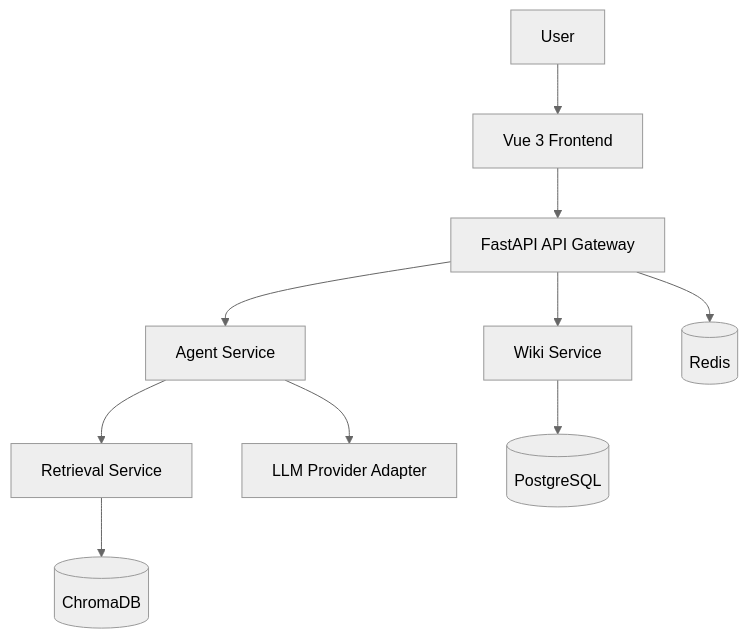
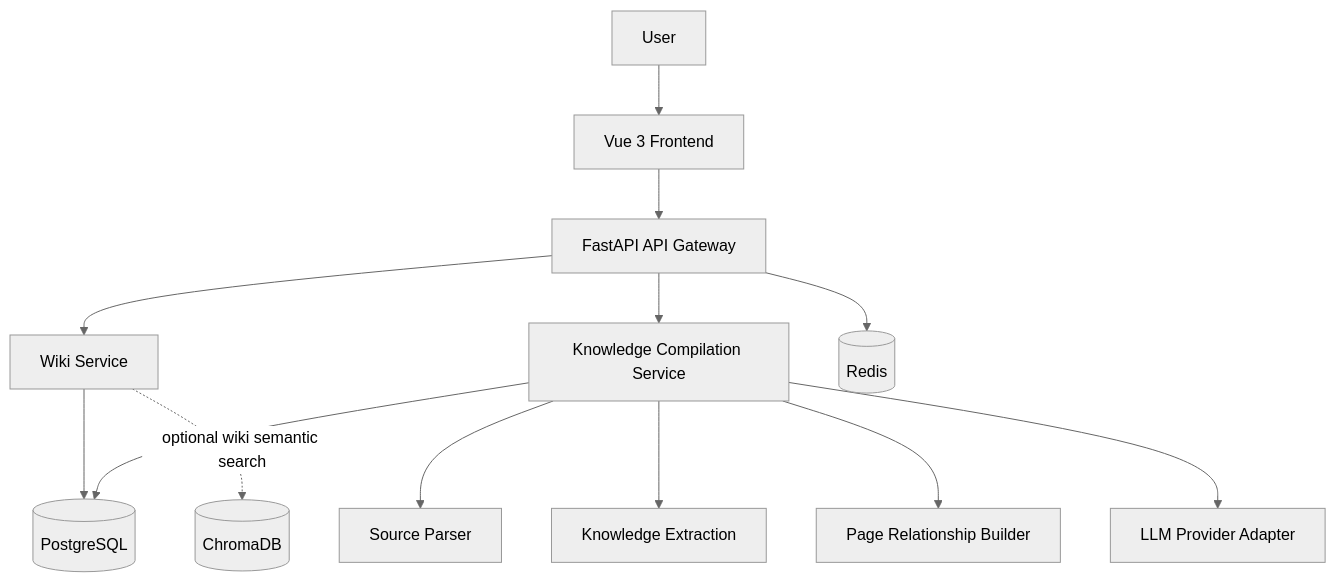
One commit to jilleenqmehffa-dot/OpsMind changed the diagram in docs/project-design.md. Above: the diagram before and after it, drawn with Mermaid (neutral theme). The commit also changed other lines of this file and 6 other files, not shown here.

Commit message:
docs: 纠正 LLM Wiki 项目方向

````diff
--- a/docs/project-design.md
+++ b/docs/project-design.md
@@ -42,12 +73,15 @@
 ```mermaid
 flowchart TD
     U[User] --> FE[Vue 3 Frontend]
     FE --> API[FastAPI API Gateway]
     API --> WIKI[Wiki Service]
-    API --> AGENT[Agent Service]
-    AGENT --> RETRIEVAL[Retrieval Service]
-    AGENT --> LLM[LLM Provider Adapter]
+    API --> KC[Knowledge Compilation Service]
+    KC --> PARSER[Source Parser]
+    KC --> EXTRACT[Knowledge Extraction]
+    KC --> REL[Page Relationship Builder]
+    KC --> LLM[LLM Provider Adapter]
     WIKI --> PG[(PostgreSQL)]
-    RETRIEVAL --> VECTOR[(ChromaDB)]
+    KC --> PG
     API --> REDIS[(Redis)]
+    WIKI -. optional wiki semantic search .-> VECTOR[(ChromaDB)]
 ```
````
